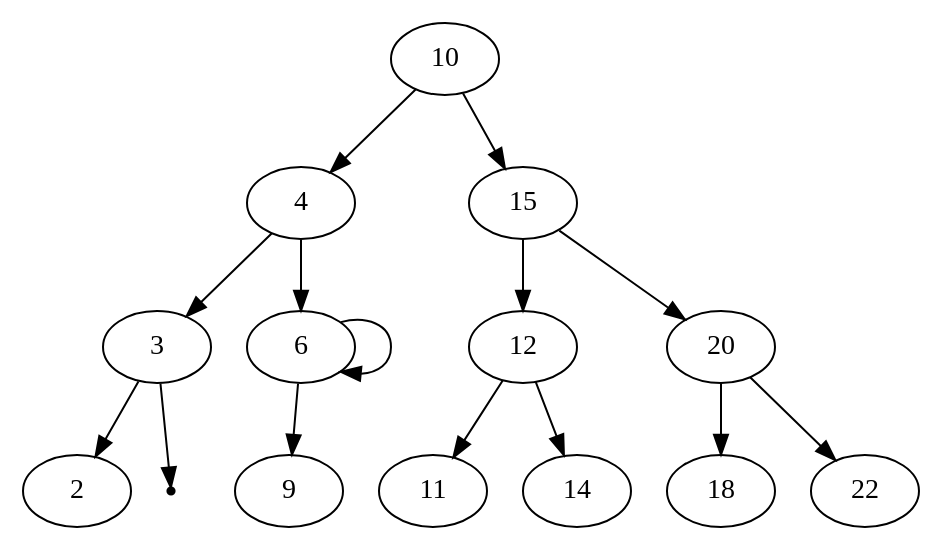
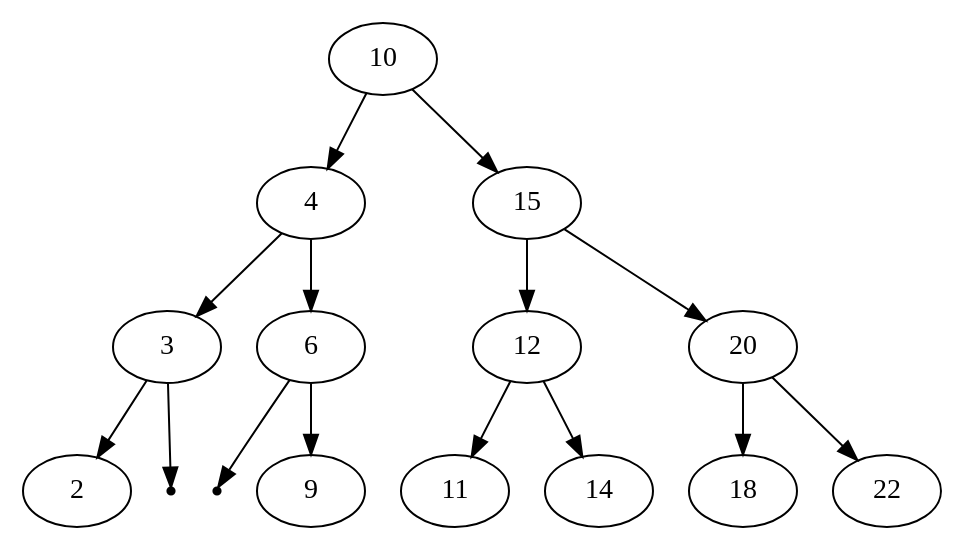
Before and after one commit to jesseklein406/data-structures: the diagram in tree.gv, drawn with Graphviz. The commit also changed 2 other files, not shown here.

```diff
--- a/tree.gv
+++ b/tree.gv
@@ -1,18 +1,19 @@
 digraph G{
 	10;
 	10 -> 4;
 	4 -> 3;
 	3 -> 2;
-	null563288603 [shape=point];
-	3 -> null563288603;
+	null911529920 [shape=point];
+	3 -> null911529920;
 	4 -> 6;
-	6 -> 6;
+	null778123745 [shape=point];
+	6 -> null778123745;
 	6 -> 9;
 	10 -> 15;
 	15 -> 12;
 	12 -> 11;
 	12 -> 14;
 	15 -> 20;
 	20 -> 18;
 	20 -> 22;
 }
```
